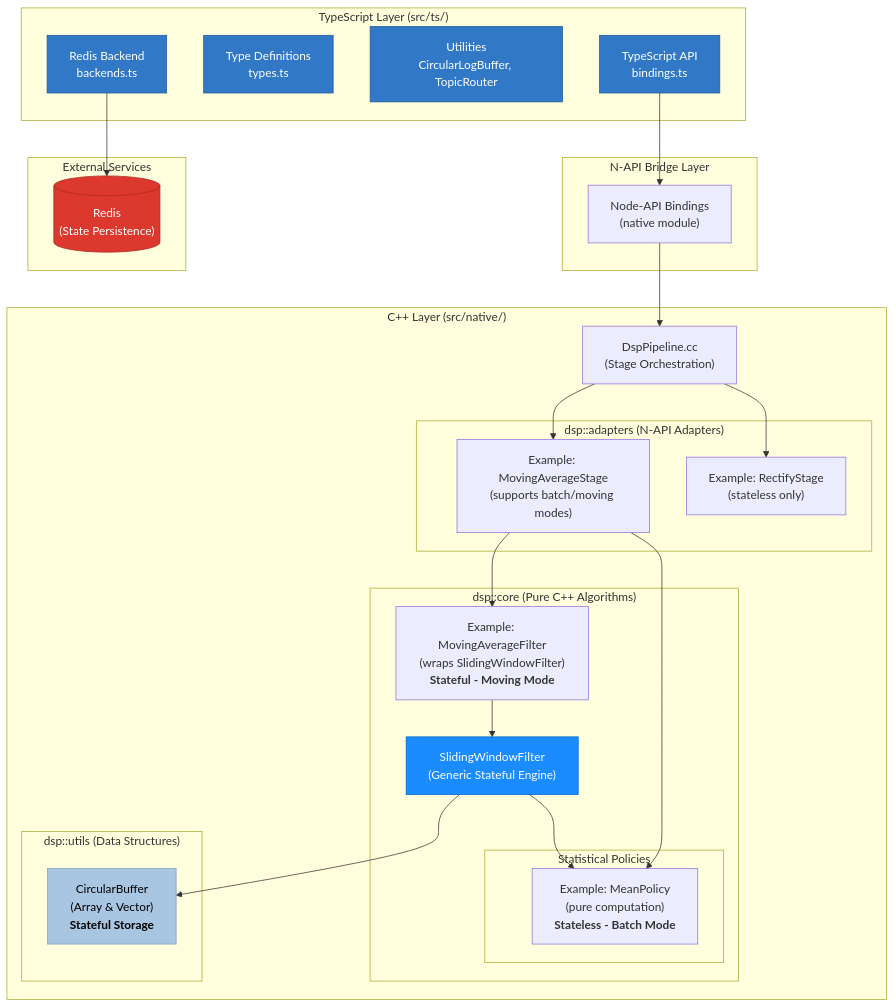
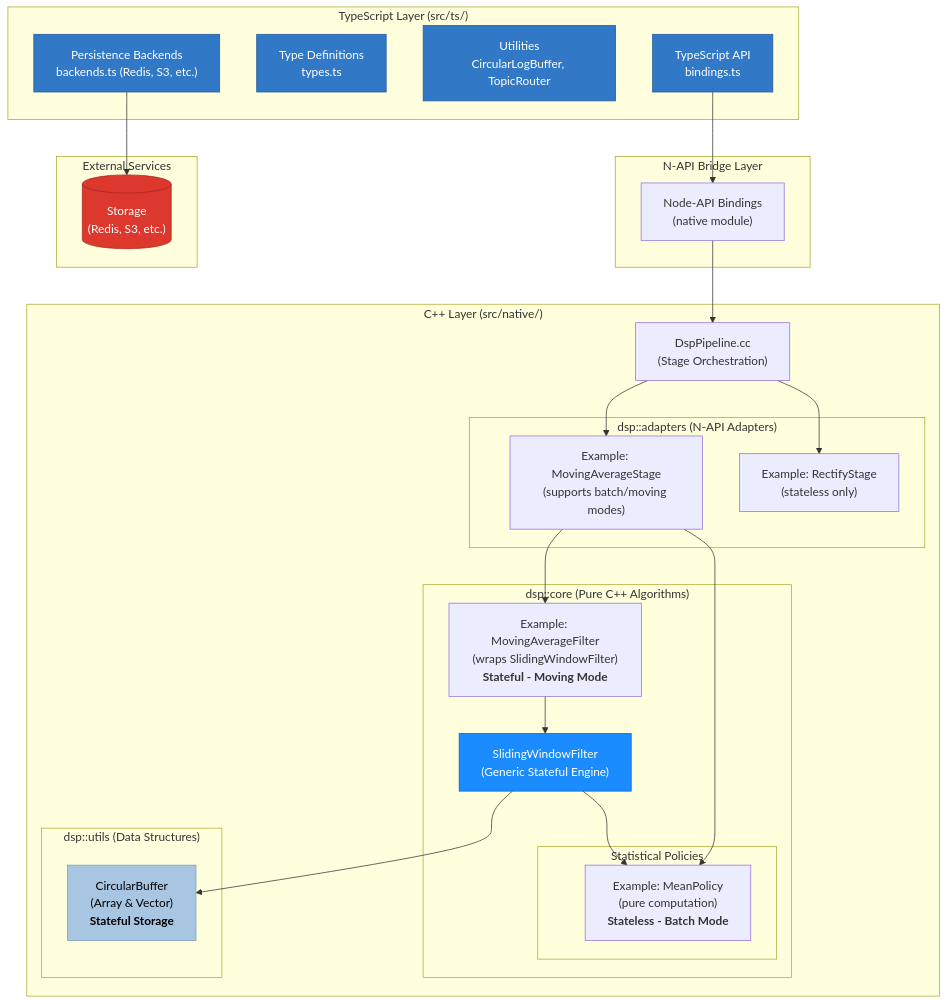
One commit to A-KGeorge/dspx changed the diagram in README.md. Above: the diagram before and after it, drawn with Mermaid. The commit also changed other lines of this file and 15 other files, not shown here.

````diff
--- a/README.md
+++ b/README.md
@@ -36,72 +36,72 @@
 ```mermaid
 graph TB
     subgraph "TypeScript Layer (src/ts/)"
         TS_API["TypeScript API<br/>bindings.ts"]
         TS_TYPES["Type Definitions<br/>types.ts"]
         TS_UTILS["Utilities<br/>CircularLogBuffer, TopicRouter"]
-        TS_REDIS["Redis Backend<br/>backends.ts"]
+        TS_PERSIST["Persistence Backends<br/>backends.ts (Redis, S3, etc.)"]
     end
 
     subgraph "N-API Bridge Layer"
         NAPI["Node-API Bindings<br/>(native module)"]
     end
 
     subgraph "C++ Layer (src/native/)"
         subgraph "dsp::adapters (N-API Adapters)"
             ADAPTER_EXAMPLE["Example: MovingAverageStage<br/>(supports batch/moving modes)"]
             ADAPTER_STATELESS["Example: RectifyStage<br/>(stateless only)"]
         end
 
         PIPELINE["DspPipeline.cc<br/>(Stage Orchestration)"]
 
         subgraph "dsp::core (Pure C++ Algorithms)"
             CORE_ENGINE["SlidingWindowFilter<br/>(Generic Stateful Engine)"]
             CORE_FILTER["Example: MovingAverageFilter<br/>(wraps SlidingWindowFilter)<br/><b>Stateful - Moving Mode</b>"]
 
             subgraph "Statistical Policies"
                 POLICY_EXAMPLE["Example: MeanPolicy<br/>(pure computation)<br/><b>Stateless - Batch Mode</b>"]
             end
         end
 
         subgraph "dsp::utils (Data Structures)"
             CIRCULAR["CircularBuffer<br/>(Array & Vector)<br/><b>Stateful Storage</b>"]
         end
     end
 
     subgraph "External Services"
-        REDIS_DB[("Redis<br/>(State Persistence)")]
+        PERSIST_DB[("Storage<br/>(Redis, S3, etc.)")]
     end
 
     %% Connections
     TS_API --> NAPI
-    TS_REDIS --> REDIS_DB
+    TS_PERSIST --> PERSIST_DB
     NAPI --> PIPELINE
     PIPELINE --> ADAPTER_EXAMPLE
     PIPELINE --> ADAPTER_STATELESS
 
     ADAPTER_EXAMPLE --> CORE_FILTER
     ADAPTER_EXAMPLE --> POLICY_EXAMPLE
 
     CORE_FILTER --> CORE_ENGINE
 
     CORE_ENGINE --> POLICY_EXAMPLE
 
     CORE_ENGINE --> CIRCULAR
 
     %% Styling
     classDef tsLayer fill:#3178c6,stroke:#235a97,color:#fff
     classDef cppCore fill:#00599c,stroke:#003f6f,color:#fff
     classDef cppEngine fill:#1a8cff,stroke:#0066cc,color:#fff
     classDef cppPolicy fill:#66b3ff,stroke:#3399ff,color:#000
     classDef cppAdapter fill:#659ad2,stroke:#4a7ba7,color:#fff
     classDef cppUtils fill:#a8c5e2,stroke:#7a9fbe,color:#000
     classDef external fill:#dc382d,stroke:#a82820,color:#fff
 
-    class TS_API,TS_TYPES,TS_UTILS,TS_REDIS tsLayer
+    class TS_API,TS_TYPES,TS_UTILS,TS_PERSIST tsLayer
     class CORE_MA,CORE_RMS,CORE_MAV,CORE_VAR,CORE_ZSCORE cppCore
     class CORE_ENGINE cppEngine
     class POLICY_MEAN,POLICY_RMS,POLICY_MAV,POLICY_VAR,POLICY_ZSCORE cppPolicy
     class ADAPTER_MA,ADAPTER_RMS,ADAPTER_RECT,ADAPTER_VAR,ADAPTER_ZSCORE cppAdapter
     class CIRCULAR cppUtils
-    class REDIS_DB external
+    class PERSIST_DB external
 ```
````
